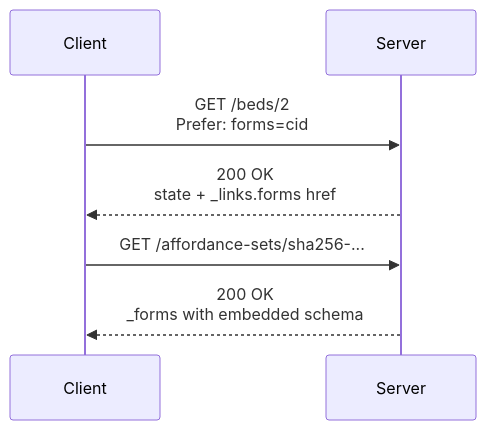
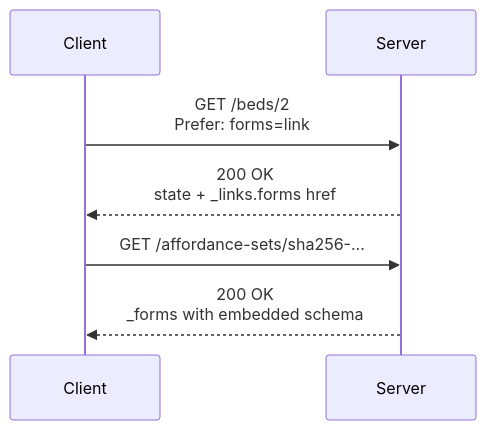
The second of 7 diagrams in spec/SPEC.md (JogoShugh/heart-rise-artie), drawn with Mermaid before and after one commit. The commit also changed other lines of this file and 1 other file, not shown here.

First line of the commit message:
Spec: strong If-Match comparison for acts, and forms=link, schema=link

````diff
--- a/spec/SPEC.md
+++ b/spec/SPEC.md
@@ -526,11 +534,11 @@
 ```mermaid
 sequenceDiagram
     participant Client
     participant Server
 
-    Client->>Server: GET /beds/2<br/>Prefer: forms=cid
+    Client->>Server: GET /beds/2<br/>Prefer: forms=link
     Server-->>Client: 200 OK<br/>state + _links.forms href
 
     Client->>Server: GET /affordance-sets/sha256-...
     Server-->>Client: 200 OK<br/>_forms with embedded schema
 ```
````
